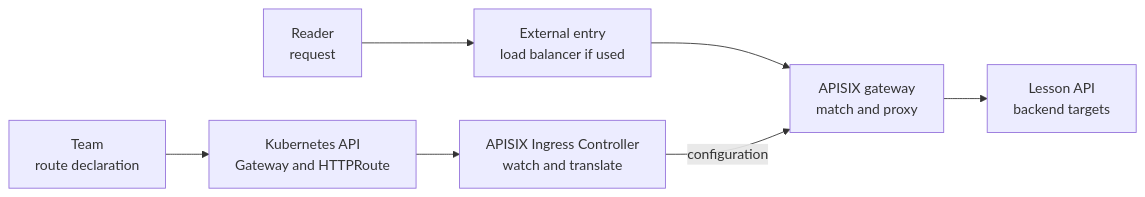
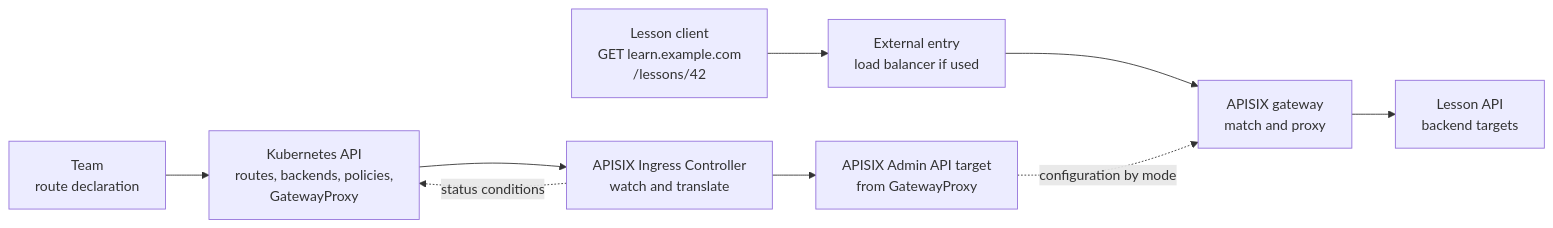
Before and after one commit to David-A18/MY-humble-knowledge-for-everyone: the diagram in knowledge/kubernetes/applications-and-tools/apisix-architecture-and-deployment.md, drawn with Mermaid. The commit also changed other lines of this file and 5 other files, not shown here.

Commit message:
Explain APISIX GatewayProxy handoff and restart modes

````diff
--- a/knowledge/kubernetes/applications-and-tools/apisix-architecture-and-deployment.md
+++ b/knowledge/kubernetes/applications-and-tools/apisix-architecture-and-deployment.md
@@ -61,9 +81,11 @@
 ```mermaid
 flowchart LR
-  client["Reader<br/>request"] --> entry["External entry<br/>load balancer if used"]
+  client["Lesson client<br/>GET learn.example.com<br/>/lessons/42"] --> entry["External entry<br/>load balancer if used"]
   entry --> gateway["APISIX gateway<br/>match and proxy"]
   gateway --> backend["Lesson API<br/>backend targets"]
-  author["Team<br/>route declaration"] --> kube["Kubernetes API<br/>Gateway and HTTPRoute"]
+  author["Team<br/>route declaration"] --> kube["Kubernetes API<br/>routes, backends, policies,<br/>GatewayProxy"]
   kube --> controller["APISIX Ingress Controller<br/>watch and translate"]
-  controller -->|"configuration"| gateway
+  controller -. "status conditions" .-> kube
+  controller --> target["APISIX Admin API target<br/>from GatewayProxy"]
+  target -. "configuration by mode" .-> gateway
 ```
````
